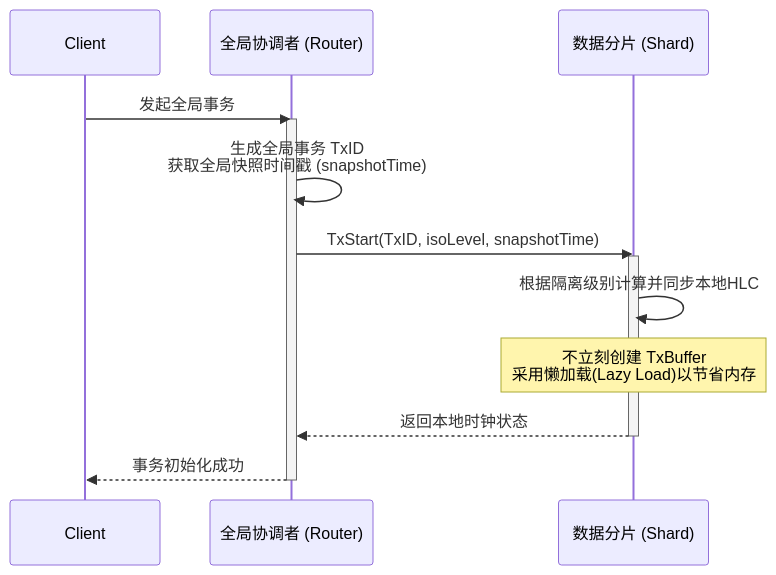
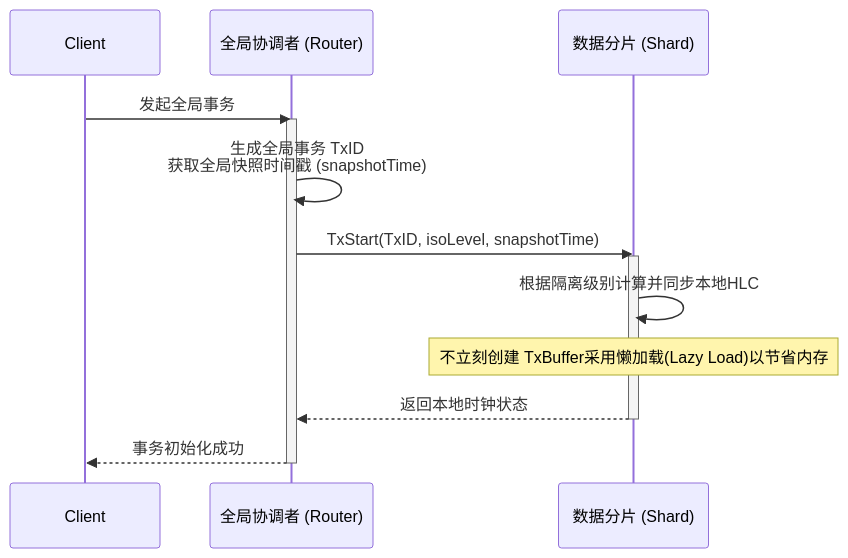
The diagram in figures/mmd/global-timeline.mmd (ZhangJihua0327/master-thesis), drawn with Mermaid before and after one commit. The commit also changed 10 other files, not shown here.

```diff
--- a/figures/mmd/global-timeline.mmd
+++ b/figures/mmd/global-timeline.mmd
@@ -1,17 +1,37 @@
-%%{init: {'theme': 'default', 'themeVariables': {'fontSize': '23px', 'noteFontSize': '21px'}}}%%
+
+%%{init: {
+'theme': 'default',
+'themeVariables': {
+'fontSize': '25px',
+'fontFamily': 'sans-serif, Arial',
+'actorFontSize': '25px',
+'messageFontSize': '25px',
+'stateLabelFontSize': '25px',
+'classText': '25px',
+'noteFontSize': '23px'
+},
+'sequence': {
+'messageMargin': 3,       /* 箭头行间距 ↓ 变小 */
+'noteMargin': 3,          /* 备注块间距 ↓ 变小 */
+'actorMargin': 25,        /* 参与者上下间距 ↓ 变小 */
+'boxMargin': 4,           /* 盒子内边距 ↓ 大幅压缩 */
+'bottomMarginAdj': 0,     /* 底部留白 ↓ 去掉 */
+'maxWidth': 900           /* 宽度固定，避免高度膨胀 */
+}
+}}%%
 sequenceDiagram
     participant Client
     participant Router as 全局协调者 (Router)
     participant Shard as 数据分片 (Shard)
     
     Client->>Router: 发起全局事务
     activate Router
     Router->>Router: 生成全局事务 TxID <br/> 获取全局快照时间戳 (snapshotTime)
     Router->>Shard: TxStart(TxID, isoLevel, snapshotTime)
     activate Shard
     Shard->>Shard: 根据隔离级别计算并同步本地HLC
-    Note over Shard: 不立刻创建 TxBuffer<br>采用懒加载(Lazy Load)以节省内存
+    Note over Shard: 不立刻创建 TxBuffer采用懒加载(Lazy Load)以节省内存
     Shard-->>Router: 返回本地时钟状态
     deactivate Shard
     Router-->>Client: 事务初始化成功
     deactivate Router
```
